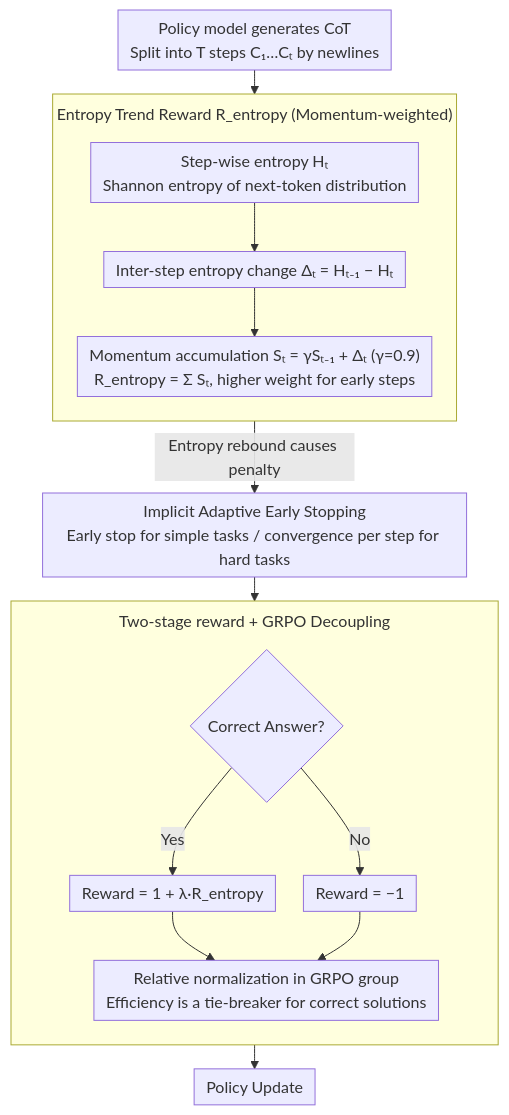
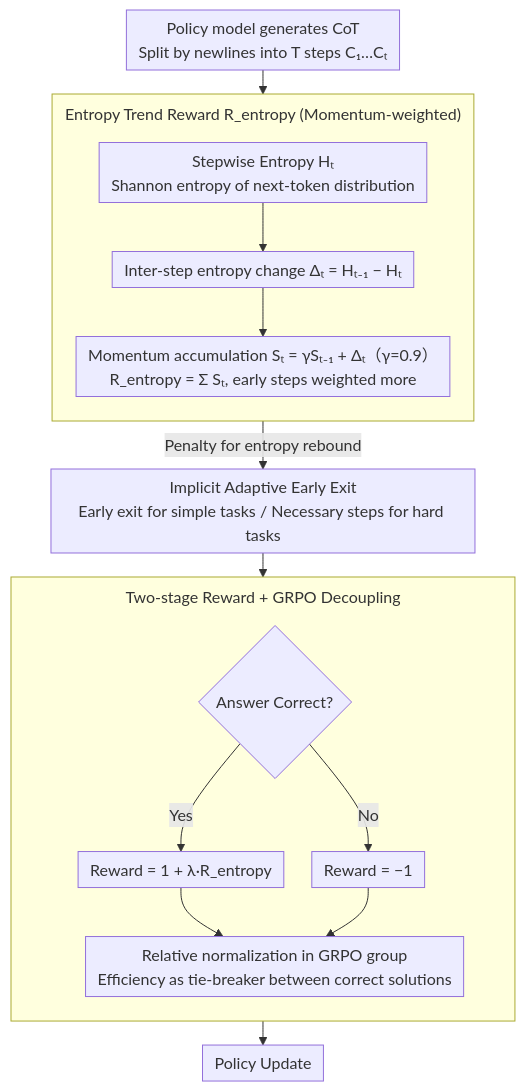
One commit to zhaoyang97/Paper-Notes-en changed the diagram in docs/ACL2026/llm_reasoning/etr_entropy_trend_reward_for_efficient_chain-of-thought_reasoning.md. Above: the diagram before and after it, drawn with Mermaid. The commit also changed other lines of this file and 5084 other files, not shown here.

````diff
--- a/docs/ACL2026/llm_reasoning/etr_entropy_trend_reward_for_efficient_chain-of-thought_reasoning.md
+++ b/docs/ACL2026/llm_reasoning/etr_entropy_trend_reward_for_efficient_chain-of-thought_reasoning.md
@@ -45,24 +45,24 @@
 ```mermaid
 %%{init: {'flowchart': {'rankSpacing': 24, 'nodeSpacing': 28, 'padding': 6, 'wrappingWidth': 400, 'subGraphTitleMargin': {'top': 8, 'bottom': 16}}}}%%
 flowchart TD
-    A["Policy model generates CoT<br/>Split into T steps C₁…Cₜ by newlines"]
+    A["Policy model generates CoT<br/>Split by newlines into T steps C₁…Cₜ"]
     subgraph S1["Entropy Trend Reward R_entropy (Momentum-weighted)"]
         direction TB
-        B["Step-wise entropy Hₜ<br/>Shannon entropy of next-token distribution"]
+        B["Stepwise Entropy Hₜ<br/>Shannon entropy of next-token distribution"]
         C["Inter-step entropy change Δₜ = Hₜ₋₁ − Hₜ"]
-        D["Momentum accumulation Sₜ = γSₜ₋₁ + Δₜ (γ=0.9)<br/>R_entropy = Σ Sₜ, higher weight for early steps"]
+        D["Momentum accumulation Sₜ = γSₜ₋₁ + Δₜ（γ=0.9）<br/>R_entropy = Σ Sₜ, early steps weighted more"]
         B --> C --> D
     end
     A --> B
-    D -->|Entropy rebound causes penalty| E["Implicit Adaptive Early Stopping<br/>Early stop for simple tasks / convergence per step for hard tasks"]
-    subgraph S3["Two-stage reward + GRPO Decoupling"]
+    D -->|Penalty for entropy rebound| E["Implicit Adaptive Early Exit<br/>Early exit for simple tasks / Necessary steps for hard tasks"]
+    subgraph S3["Two-stage Reward + GRPO Decoupling"]
         direction TB
-        F{"Correct Answer?"}
+        F{"Answer Correct?"}
         F -->|Yes| G["Reward = 1 + λ·R_entropy"]
         F -->|No| H["Reward = −1"]
-        G --> I["Relative normalization in GRPO group<br/>Efficiency is a tie-breaker for correct solutions"]
+        G --> I["Relative normalization in GRPO group<br/>Efficiency as tie-breaker between correct solutions"]
         H --> I
     end
     E --> F
     I --> J["Policy Update"]
 ```
````
